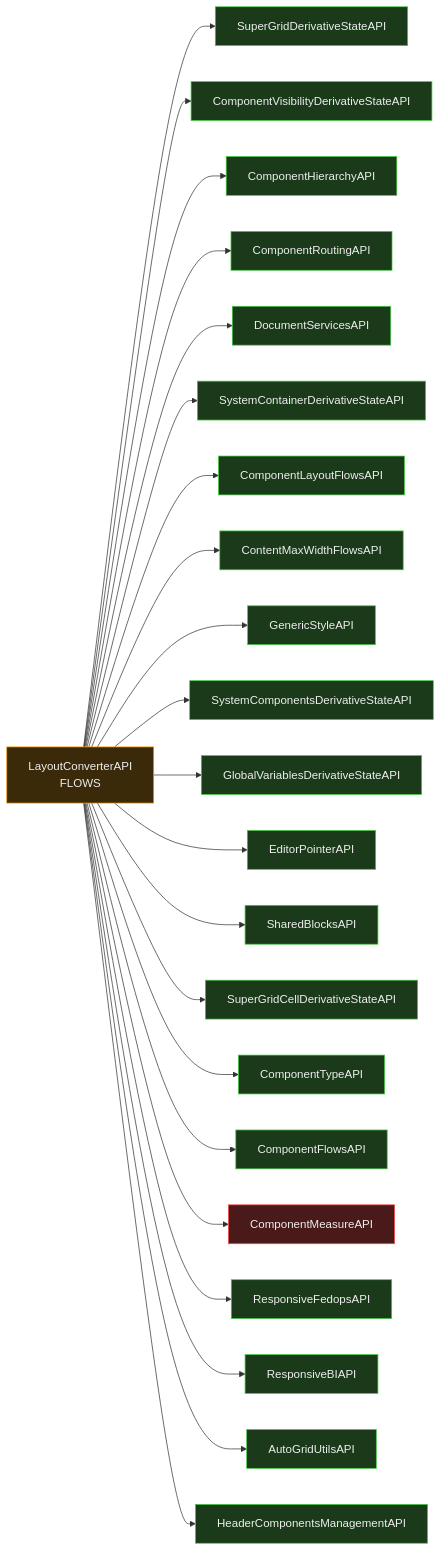
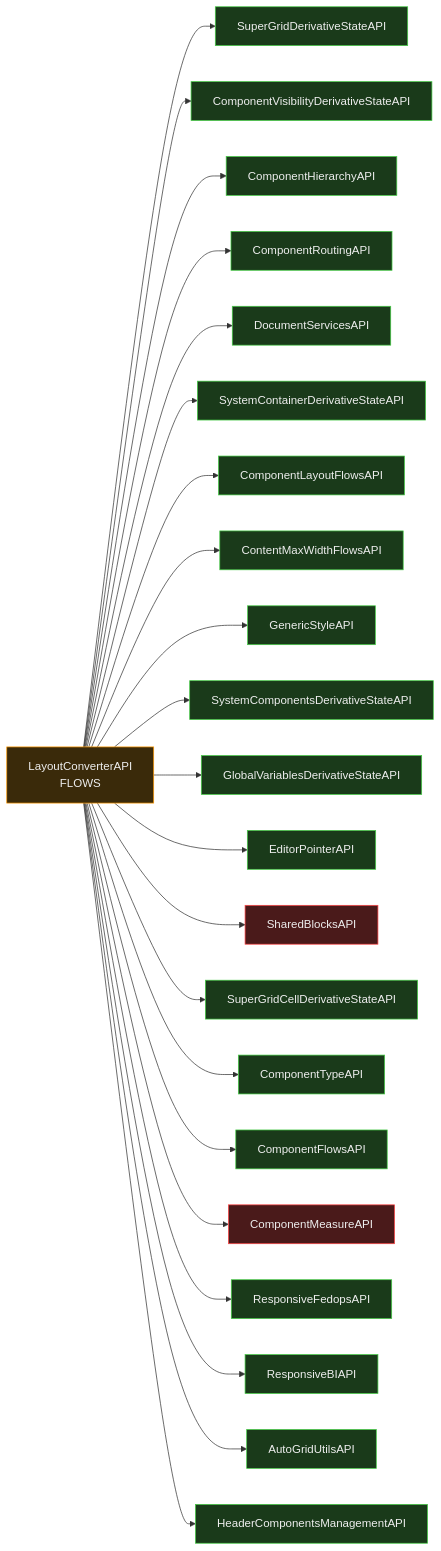
Before and after one commit to zonzujiro/apis-analysis: the ninth of 11 diagrams in isomorphic/ORANGE_APIS_DEPENDENCY_GRAPHS.md, drawn with Mermaid. The commit also changed other lines of this file and 2 other files, not shown here.

First line of the commit message:
Reclassify ComponentLayoutDerivativeStateAPI and ComponentReactionsDerivativeStateAPI to ORANGE

````diff
--- a/isomorphic/ORANGE_APIS_DEPENDENCY_GRAPHS.md
+++ b/isomorphic/ORANGE_APIS_DEPENDENCY_GRAPHS.md
@@ -307,30 +309,30 @@
 ```mermaid
 flowchart LR
     API["LayoutConverterAPI\nFLOWS"]:::orange
 
     API --> SGDA["SuperGridDerivativeStateAPI"]:::green
     API --> CVDA["ComponentVisibilityDerivativeStateAPI"]:::green
     API --> CHA["ComponentHierarchyAPI"]:::green
     API --> CRA["ComponentRoutingAPI"]:::green
     API --> DSA["DocumentServicesAPI"]:::green
     API --> SCDA["SystemContainerDerivativeStateAPI"]:::green
     API --> CLFA["ComponentLayoutFlowsAPI"]:::green
     API --> CMW["ContentMaxWidthFlowsAPI"]:::green
     API --> GSA["GenericStyleAPI"]:::green
     API --> SCMDA["SystemComponentsDerivativeStateAPI"]:::green
     API --> GVDA["GlobalVariablesDerivativeStateAPI"]:::green
     API --> EPA["EditorPointerAPI"]:::green
-    API --> SBA["SharedBlocksAPI"]:::green
+    API --> SBA["SharedBlocksAPI"]:::red
     API --> SGCDA["SuperGridCellDerivativeStateAPI"]:::green
     API --> CTA["ComponentTypeAPI"]:::green
     API --> CFA["ComponentFlowsAPI"]:::green
     API --> CMA["ComponentMeasureAPI"]:::red
     API --> RFPA["ResponsiveFedopsAPI"]:::green
     API --> RBIA["ResponsiveBIAPI"]:::green
     API --> AGUA["AutoGridUtilsAPI"]:::green
     API --> HCMA["HeaderComponentsManagementAPI"]:::green
 
     classDef red fill:#4a1a1a,stroke:#f44,color:#eee
     classDef orange fill:#3a2a0a,stroke:#f90,color:#eee
     classDef green fill:#1a3a1a,stroke:#4c4,color:#eee
 ```
````
